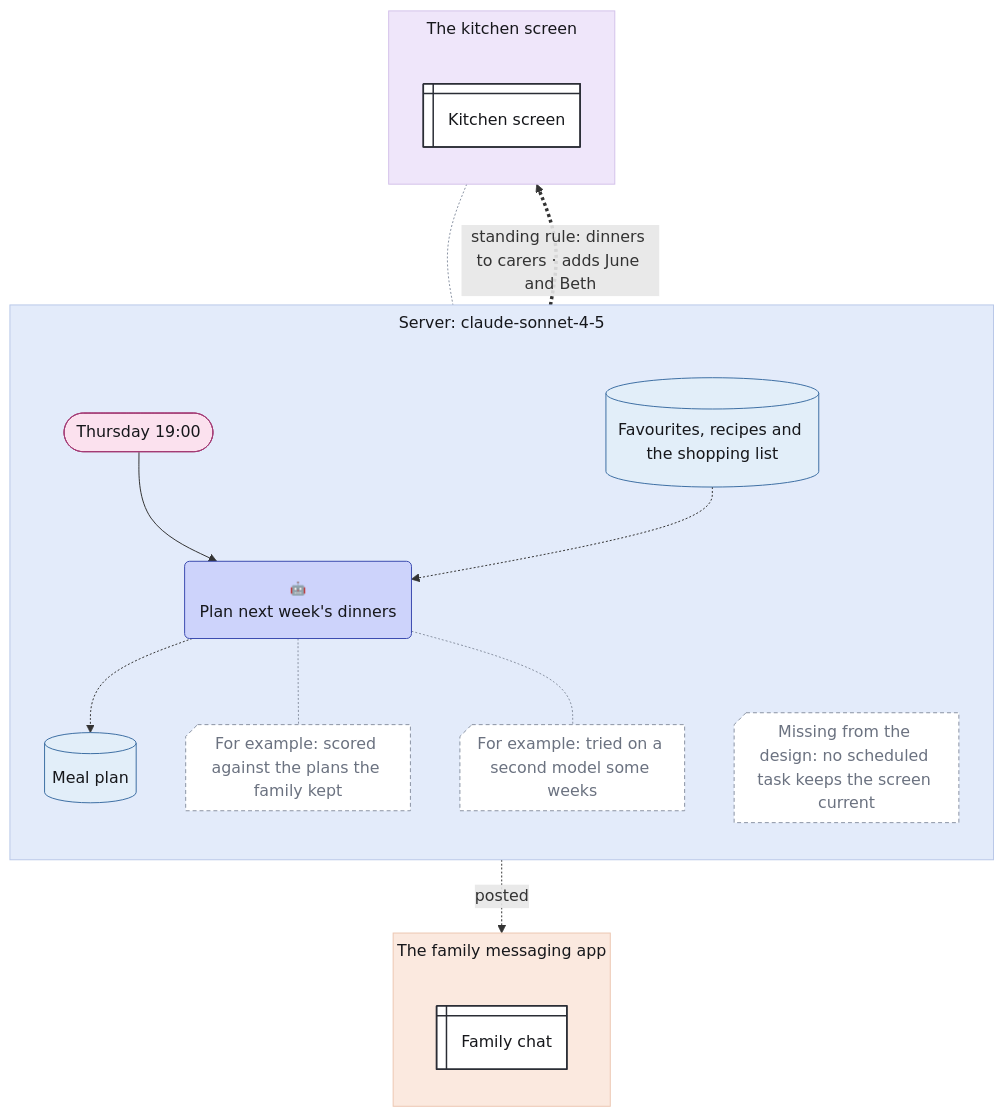
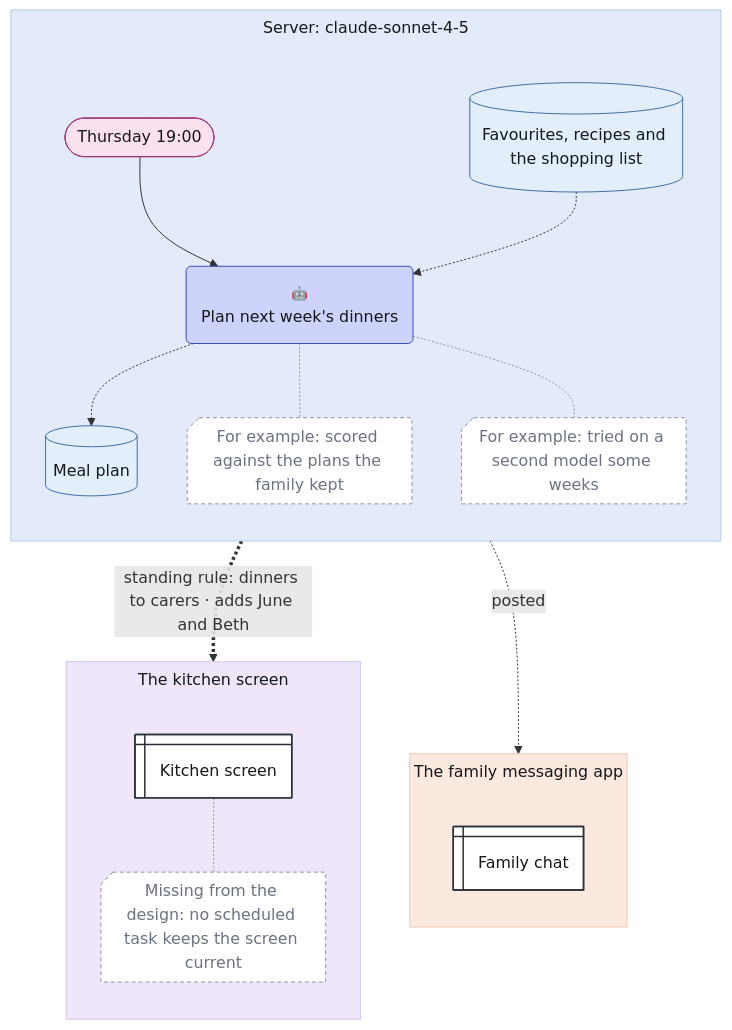
One commit to chrismdp/awml changed the diagram in plugins/awml/skills/awml/references/examples/dinners-home.mmd. Above: the diagram before and after it, drawn with Mermaid. The commit also changed other lines of this file and 4 other files, not shown here.

First line of the commit message:
Place the dinners' kitchen screen gap in the kitchen screen's block

```diff
--- a/plugins/awml/skills/awml/references/examples/dinners-home.mmd
+++ b/plugins/awml/skills/awml/references/examples/dinners-home.mmd
@@ -1,58 +1,58 @@
 ---
 config:
   theme: default
   fontFamily: Inter, sans-serif
   flowchart:
     useMaxWidth: false
     subGraphTitleMargin:
       top: 6
       bottom: 30
 ---
 flowchart TB
   subgraph server["Server#58; claude#45;sonnet#45;4#45;5"]
     direction TB
     thu(["Thursday 19#58;00"])
     favourites[("Favourites#44; recipes and the shopping list")]
     plan("<small style='color:rgb(61,67,79)'>🤖</small><br>Plan next week#39;s dinners")
     mealplan[("Meal plan")]
-    screen_gap@{ shape: notch-rect, label: "Missing from the design#58; no scheduled task keeps the screen current" }
     scored@{ shape: notch-rect, label: "For example#58; scored against the plans the family kept" }
     tried@{ shape: notch-rect, label: "For example#58; tried on a second model some weeks" }
   end
   subgraph app["The family messaging app"]
     direction TB
     chat@{ shape: win-pane, label: "Family chat" }
   end
   subgraph wall["The kitchen screen"]
     direction TB
     screen@{ shape: win-pane, label: "Kitchen screen" }
+    screen_gap@{ shape: notch-rect, label: "Missing from the design#58; no scheduled task keeps the screen current" }
   end
 
   thu --> plan
   favourites -.-> plan
   plan -.-> mealplan
   mealplan -.->|"posted"| chat
   mealplan ==>|"standing rule#58; dinners to carers · adds June and Beth"| screen
   screen -.- screen_gap
   plan -.- scored
   plan -.- tried
   classDef trig fill:#fbe1ee,stroke:#a33a74,color:#16171b
   classDef ctx fill:#e2eef9,stroke:#3d6fa3,color:#16171b
   classDef con fill:#eceef2,stroke:#5d6472,color:#16171b
   classDef surf fill:#ffffff,stroke:#2a2d35,stroke-width:1.5px,color:#16171b
   classDef out fill:#fde4dc,stroke:#b5532f,color:#16171b
   classDef ai fill:#cdd3fb,stroke:#3b4bb0,color:#16171b
   classDef code fill:#c4e3d1,stroke:#2b7a4f,color:#16171b
   classDef person fill:#f7d79a,stroke:#9a6100,color:#16171b
   classDef uml fill:#16171b,stroke:#16171b,color:#16171b
   classDef gap fill:#ffffff,stroke:#8a93a3,stroke-dasharray:4 3,color:#6b7280
   class thu trig
   class favourites,mealplan ctx
   class screen,chat surf
   class plan ai
   class screen_gap,scored,tried gap
   style server fill:#e3ebfa,stroke:#b9c8e8,color:#16171b
   style app fill:#fbe9df,stroke:#ecc7b2,color:#16171b
   style wall fill:#efe6fa,stroke:#d3c2ea,color:#16171b
   linkStyle 4 stroke-dasharray:3
   linkStyle 5,6,7 stroke:#8a93a3
```
